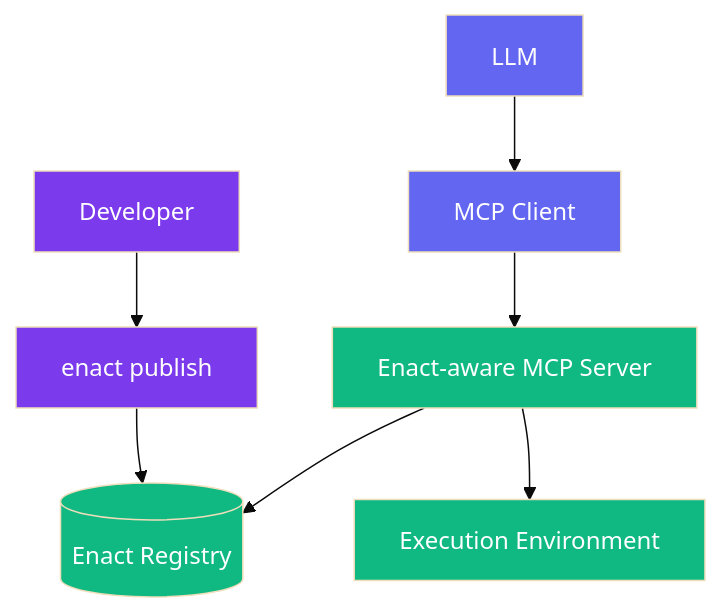
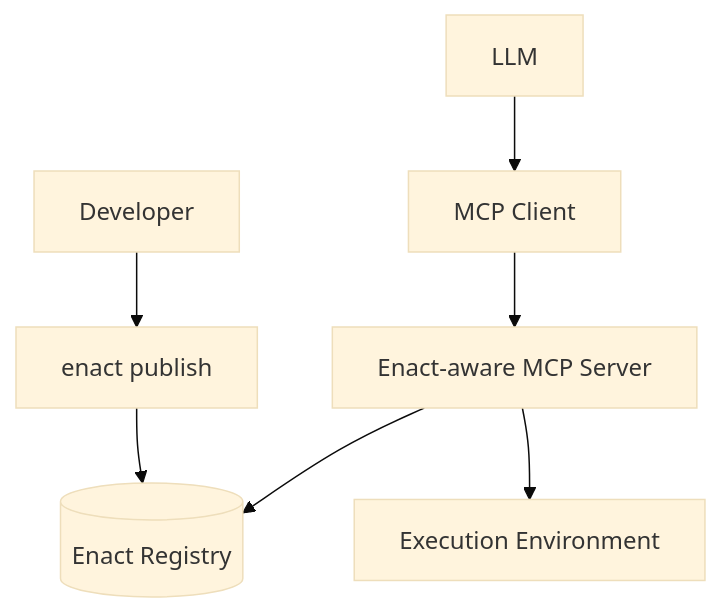
Before and after one commit to EnactProtocol/encat-spec-and-tools: the diagram in README.md, drawn with Mermaid (base theme). The commit also changed other lines of this file, not shown here.

````diff
--- a/README.md
+++ b/README.md
@@ -107,17 +250,10 @@
 ```mermaid
 flowchart TB
     Dev[Developer] --> CLI["enact publish"]
     CLI --> Registry[(Enact Registry)]
     
     LLM --> MCPClient["MCP Client"]
     MCPClient --> MCPServer["Enact-aware MCP Server"]
     MCPServer --> Registry
     MCPServer --> ExecEnv["Execution Environment"]
-    classDef ai fill:#6366F1,color:white
-    classDef enact fill:#10B981,color:white
-    classDef dev fill:#7C3AED,color:white
-
-    class LLM,MCPClient ai
-    class Registry,ExecEnv,MCPServer enact
-    class Dev,CLI dev
 ```
````
